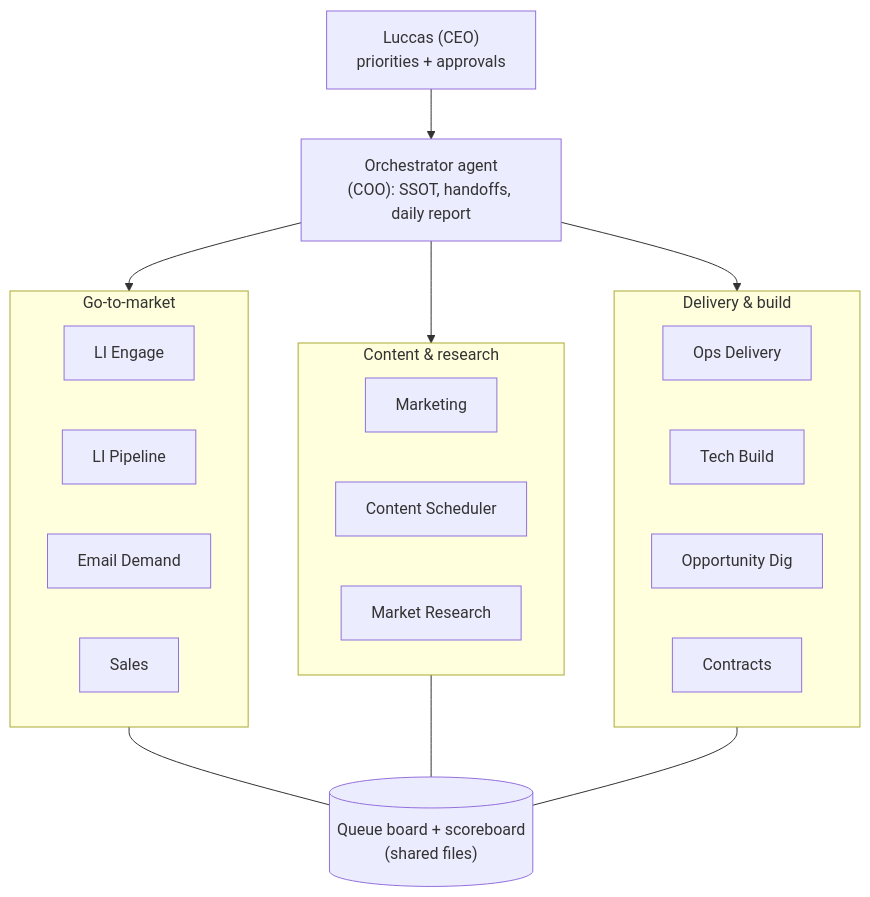
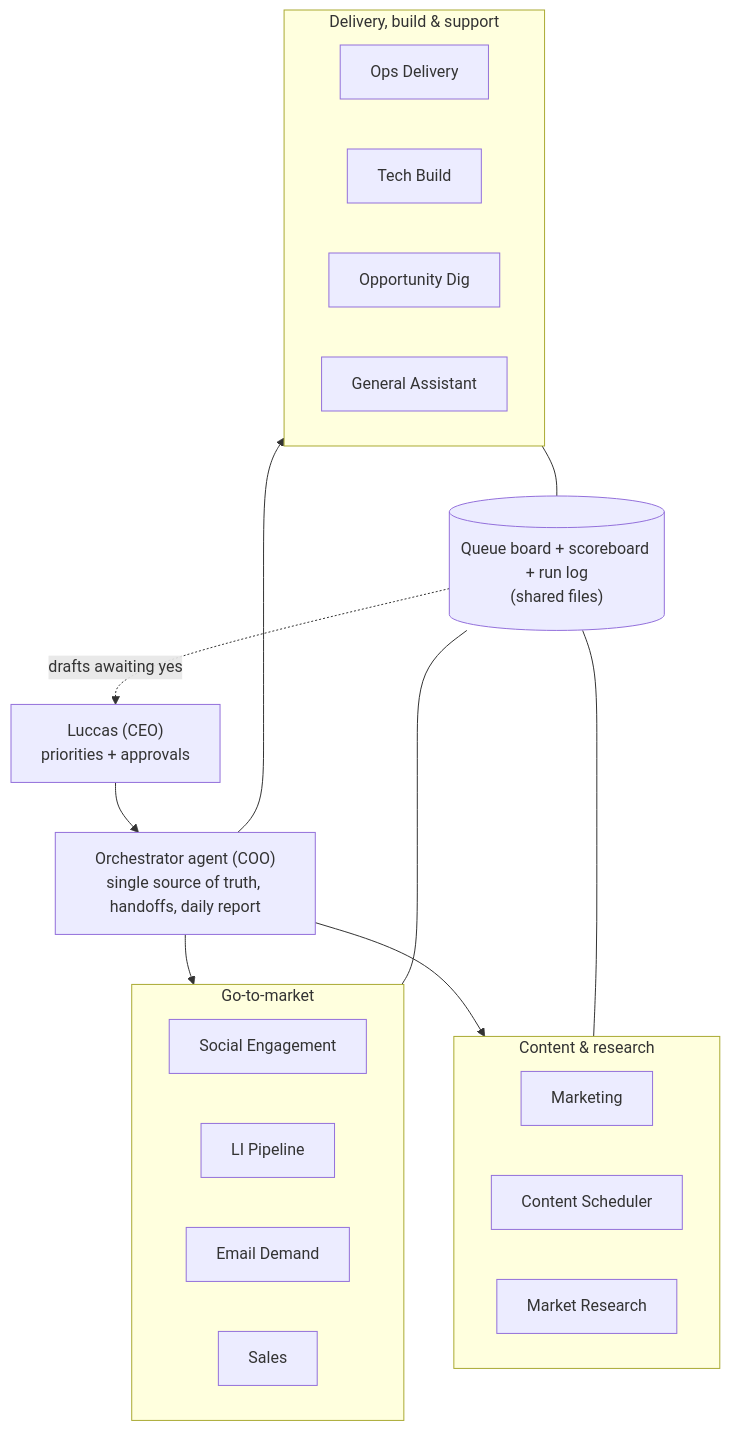
One commit to ldstrapasson/ai-ops-os changed the diagram in README.md. Above: the diagram before and after it, drawn with Mermaid. The commit also changed other lines of this file and 2 other files, not shown here.

````diff
--- a/README.md
+++ b/README.md
@@ -28,27 +34,28 @@
 ```mermaid
 flowchart TD
-    CEO["Luccas (CEO)<br/>priorities + approvals"] --> ORCH["Orchestrator agent<br/>(COO): SSOT, handoffs, daily report"]
+    CEO["Luccas (CEO)<br/>priorities + approvals"] --> ORCH["Orchestrator agent (COO)<br/>single source of truth, handoffs, daily report"]
     ORCH --> GTM
     ORCH --> GROW
     ORCH --> BUILD
     subgraph GTM["Go-to-market"]
-        A1["LI Engage"]
+        A1["Social Engagement"]
         A2["LI Pipeline"]
         A3["Email Demand"]
         A4["Sales"]
     end
     subgraph GROW["Content & research"]
         B1["Marketing"]
         B2["Content Scheduler"]
         B3["Market Research"]
     end
-    subgraph BUILD["Delivery & build"]
+    subgraph BUILD["Delivery, build & support"]
         C1["Ops Delivery"]
         C2["Tech Build"]
         C3["Opportunity Dig"]
-        C4["Contracts"]
+        C4["General Assistant"]
     end
-    GTM --- BOARD[("Queue board + scoreboard<br/>(shared files)")]
+    GTM --- BOARD[("Queue board + scoreboard + run log<br/>(shared files)")]
     GROW --- BOARD
     BUILD --- BOARD
+    BOARD -. "drafts awaiting yes" .-> CEO
 ```
````
